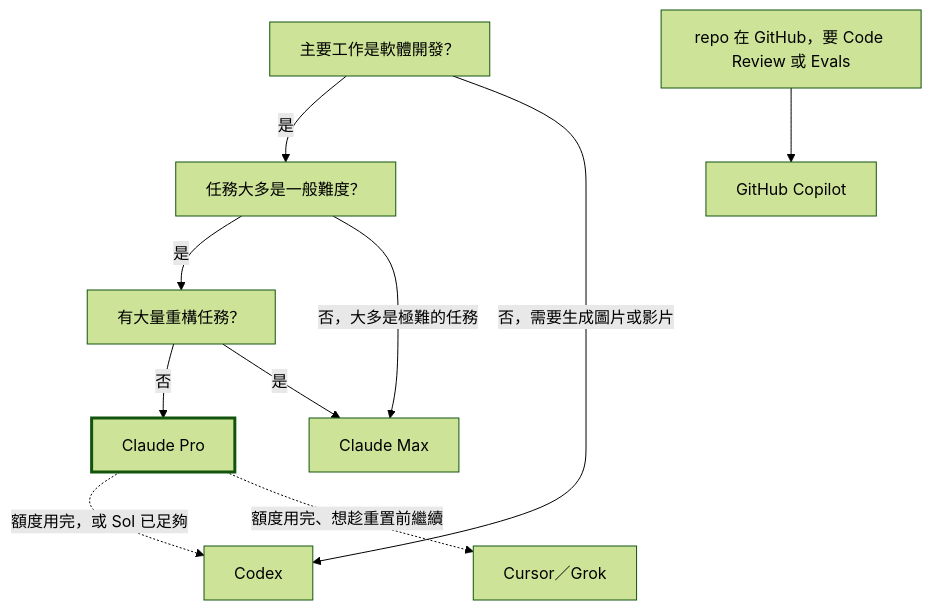
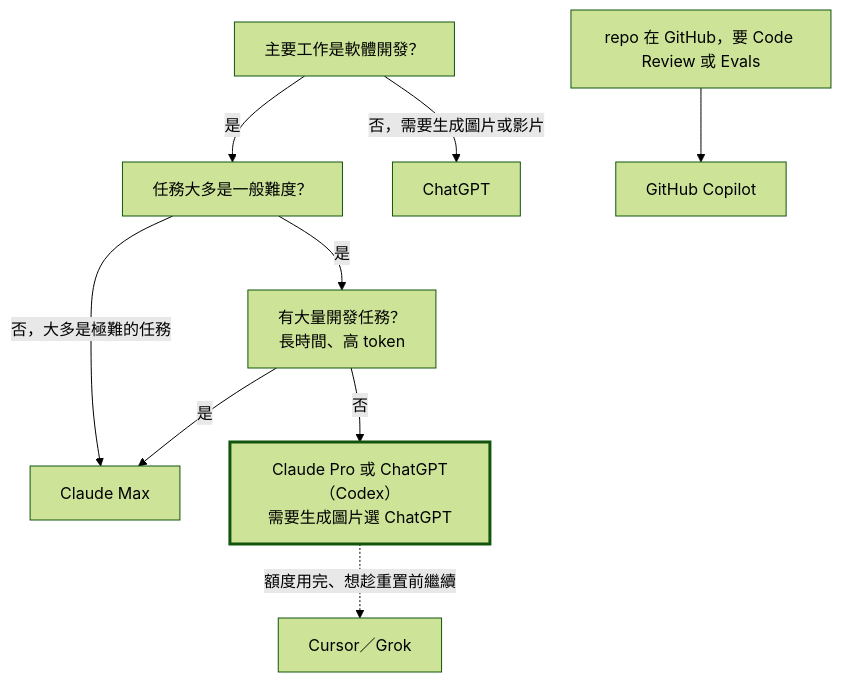
Before and after one commit to akunzai/akunzai.github.io: the diagram in src/content/docs/zh-tw/blog/pro-is-enough.md, drawn with Mermaid (forest theme). The commit also changed other lines of this file and 1 other file, not shown here.

First line of the commit message:
docs: Add Opus 5 row and merge Pro and ChatGPT choice

````diff
--- a/src/content/docs/zh-tw/blog/pro-is-enough.md
+++ b/src/content/docs/zh-tw/blog/pro-is-enough.md
@@ -151,13 +152,12 @@
 ```mermaid
 flowchart TD
     A[主要工作是軟體開發？] -->|是| B[任務大多是一般難度？]
-    A -->|否，需要生成圖片或影片| X[Codex]
-    B -->|是| C[有大量重構任務？]
+    A -->|否，需要生成圖片或影片| X[ChatGPT]
+    B -->|是| C[有大量開發任務？<br/>長時間、高 token]
     B -->|否，大多是極難的任務| M
-    P -.額度用完，或 Sol 已足夠.-> X
-    C -->|否| P[Claude Pro]
+    C -->|否| P[Claude Pro 或 ChatGPT（Codex）<br/>需要生成圖片選 ChatGPT]
     C -->|是| M[Claude Max]
     P -.額度用完、想趁重置前繼續.-> R[Cursor／Grok]
     G[repo 在 GitHub，要 Code Review 或 Evals] --> H[GitHub Copilot]
     style P stroke-width:3px
 ```
````
